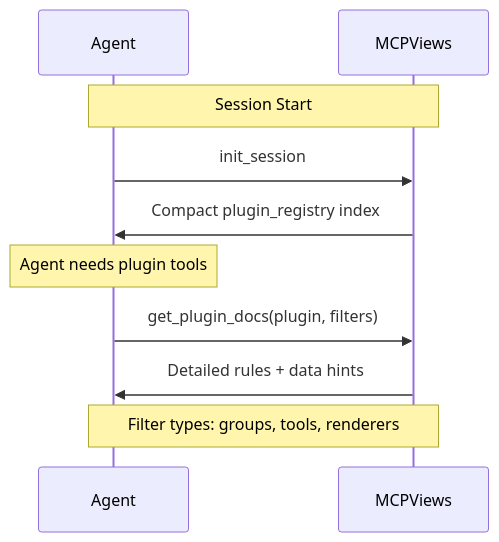
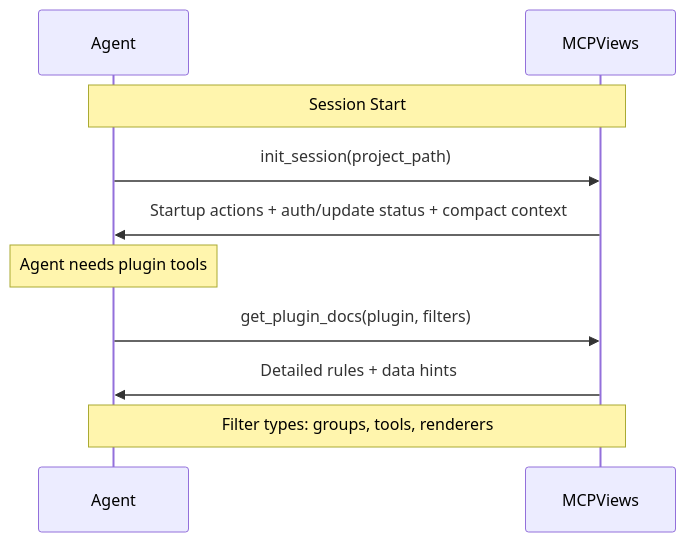
The third of 7 diagrams in docs/plugin-development.md (DeeJanuz/mcp-mux), drawn with Mermaid before and after one commit. The commit also changed other lines of this file and 6 other files, not shown here.

Commit message:
feat: default init_session to lean startup

````diff
--- a/docs/plugin-development.md
+++ b/docs/plugin-development.md
@@ -451,15 +451,15 @@
 ```mermaid
 sequenceDiagram
     participant Agent as Agent
     participant MV as MCPViews
 
     Note over Agent,MV: Session Start
-    Agent->>MV: init_session
-    MV->>Agent: Compact plugin_registry index
+    Agent->>MV: init_session(project_path)
+    MV->>Agent: Startup actions + auth/update status + compact context
 
     Note over Agent: Agent needs plugin tools
     Agent->>MV: get_plugin_docs(plugin, filters)
     MV->>Agent: Detailed rules + data hints
 
     Note over Agent,MV: Filter types: groups, tools, renderers
 ```
````
